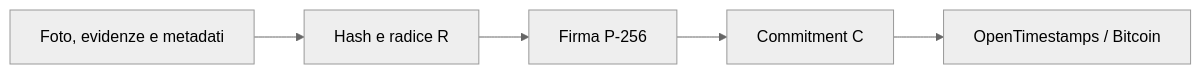
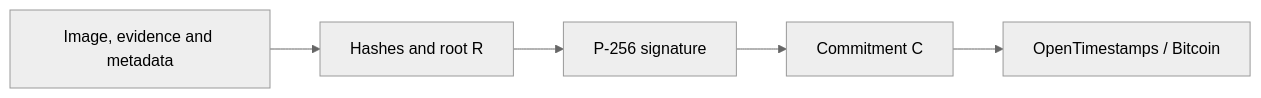
One commit to giancpl/ixh26 changed the diagram in docs/slides.md. Above: the diagram before and after it, drawn with Mermaid (neutral theme). The commit also changed other lines of this file and 1 other file, not shown here.

````diff
--- a/docs/slides.md
+++ b/docs/slides.md
@@ -19,7 +21,7 @@
 ```mermaid
 flowchart LR
-    A["Foto, evidenze e metadati"] --> B["Hash e radice R"]
-    B --> C["Firma P-256"]
+    A["Image, evidence and metadata"] --> B["Hashes and root R"]
+    B --> C["P-256 signature"]
     C --> D["Commitment C"]
     D --> E["OpenTimestamps / Bitcoin"]
 ```
````
